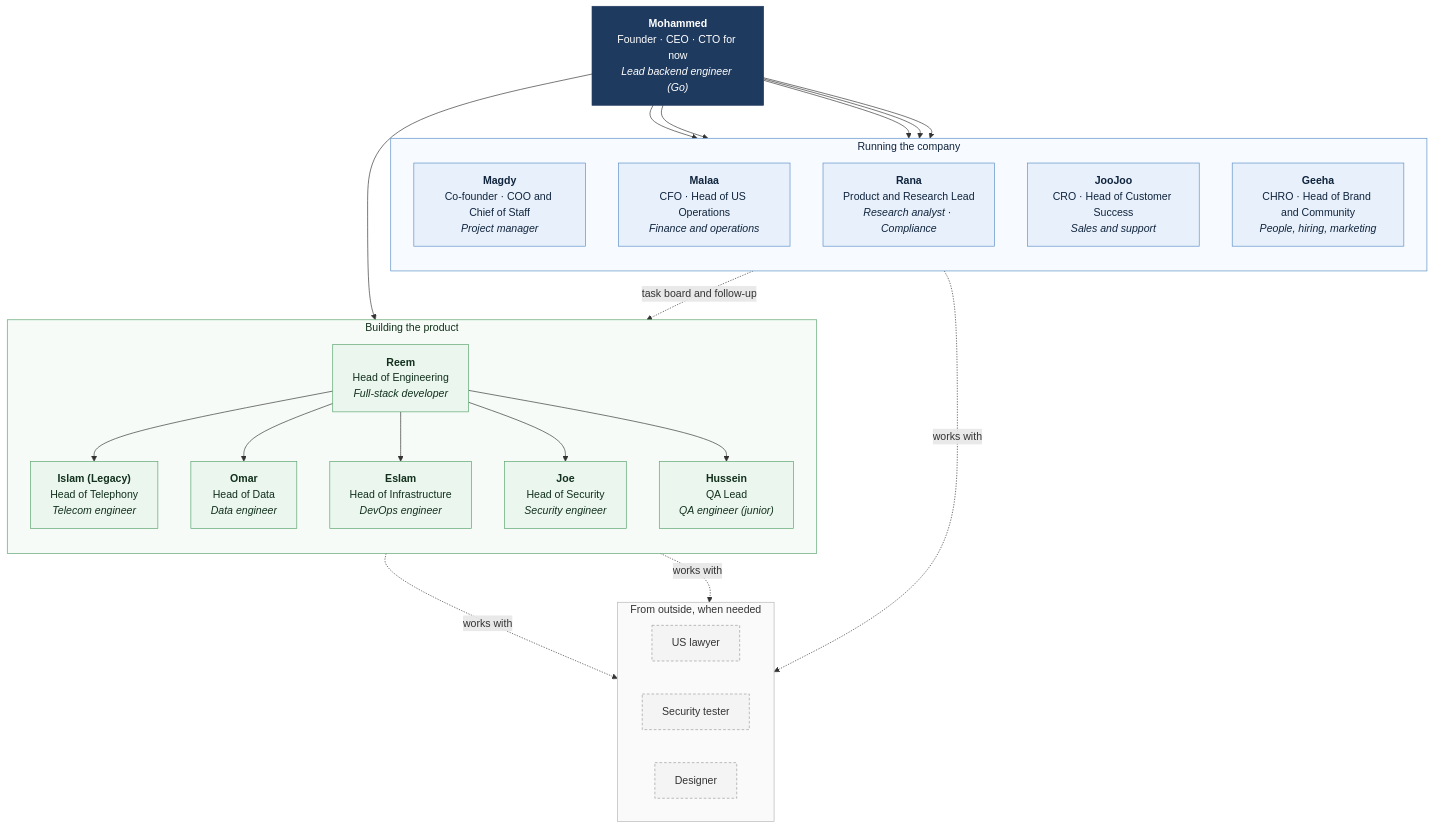
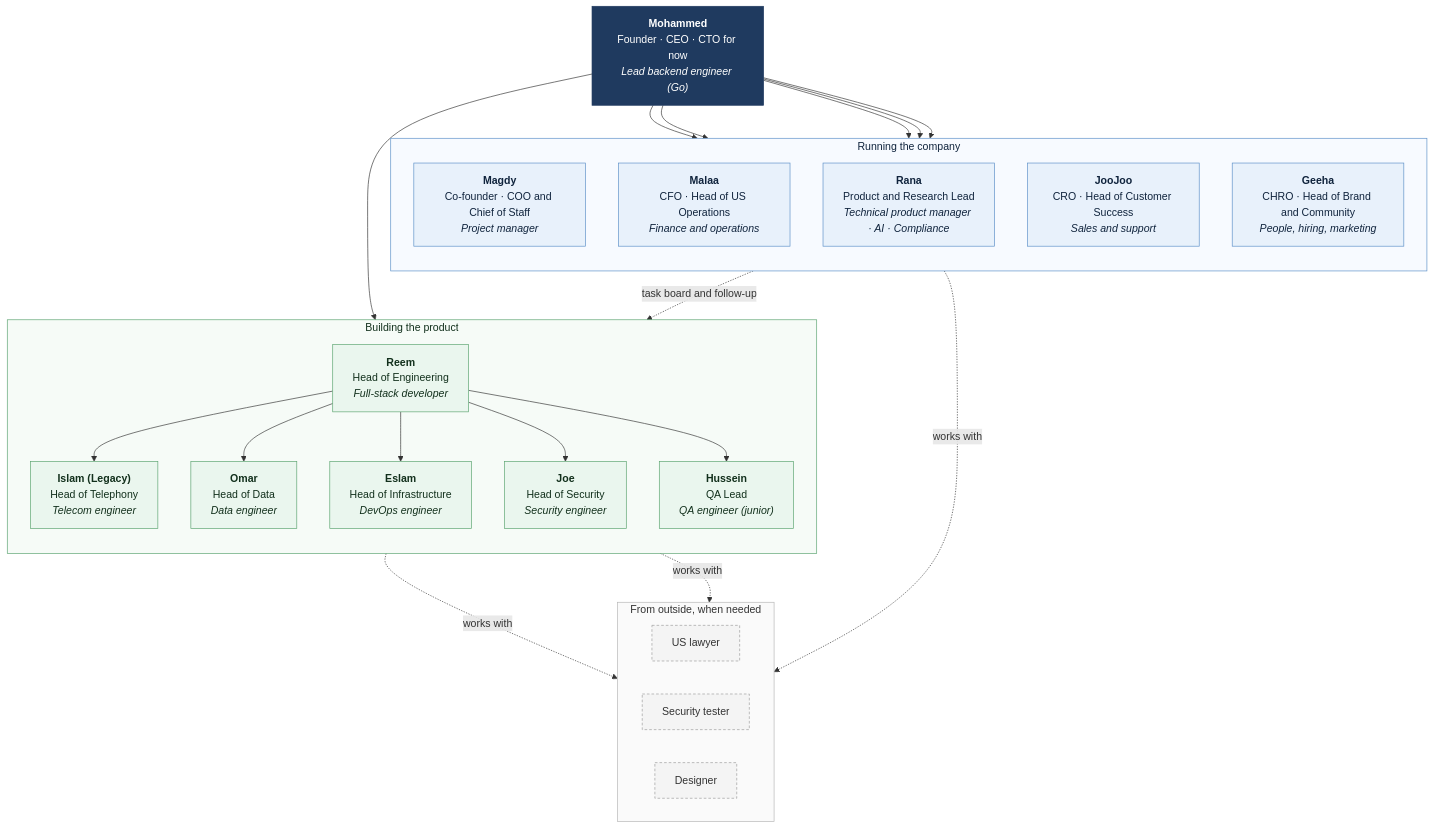
The first of 4 diagrams in docs/team/README.md (Mohammed-HeshamMohammed/Turf), drawn with Mermaid before and after one commit. The commit also changed other lines of this file and 5 other files, not shown here.

First line of the commit message:
Team: technical work for Rana, and anti-cloning tasks

````diff
--- a/docs/team/README.md
+++ b/docs/team/README.md
@@ -12,51 +12,51 @@
 ```mermaid
 flowchart TB
     CEO["<b>Mohammed</b><br/>Founder · CEO · CTO for now<br/><i>Lead backend engineer (Go)</i>"]
 
     subgraph COMPANY["Running the company"]
         direction TB
         COO["<b>Magdy</b><br/>Co-founder · COO and Chief of Staff<br/><i>Project manager</i>"]
         CFO["<b>Malaa</b><br/>CFO · Head of US Operations<br/><i>Finance and operations</i>"]
-        CPO["<b>Rana</b><br/>Product and Research Lead<br/><i>Research analyst · Compliance</i>"]
+        CPO["<b>Rana</b><br/>Product and Research Lead<br/><i>Technical product manager · AI · Compliance</i>"]
         CRO["<b>JooJoo</b><br/>CRO · Head of Customer Success<br/><i>Sales and support</i>"]
         CHRO["<b>Geeha</b><br/>CHRO · Head of Brand and Community<br/><i>People, hiring, marketing</i>"]
     end
 
     subgraph BUILD["Building the product"]
         direction TB
         ENG["<b>Reem</b><br/>Head of Engineering<br/><i>Full-stack developer</i>"]
         TEL["<b>Islam (Legacy)</b><br/>Head of Telephony<br/><i>Telecom engineer</i>"]
         DATA["<b>Omar</b><br/>Head of Data<br/><i>Data engineer</i>"]
         OPS["<b>Eslam</b><br/>Head of Infrastructure<br/><i>DevOps engineer</i>"]
         SEC["<b>Joe</b><br/>Head of Security<br/><i>Security engineer</i>"]
         QA["<b>Hussein</b><br/>QA Lead<br/><i>QA engineer (junior)</i>"]
     end
 
     subgraph OUTSIDE["From outside, when needed"]
         direction LR
         LAW["US lawyer"]
         PEN["Security tester"]
         DES["Designer"]
     end
 
     CEO --> COO & CFO & CPO & CRO & CHRO
     CEO --> ENG
     ENG --> TEL & DATA & OPS & SEC & QA
 
     COO -. "task board and follow-up" .-> BUILD
     CPO -. "works with" .-> LAW
     SEC -. "works with" .-> PEN
     ENG -. "works with" .-> DES
 
     classDef top fill:#1f3a5f,stroke:#1f3a5f,color:#ffffff
     classDef company fill:#e8f1fb,stroke:#5b8fc7,color:#10243d
     classDef build fill:#eaf6ee,stroke:#5aa36f,color:#12301c
     classDef outside fill:#f4f4f4,stroke:#9a9a9a,color:#333333,stroke-dasharray:4 3
     class CEO top
     class COO,CFO,CPO,CRO,CHRO company
     class ENG,TEL,DATA,OPS,SEC,QA build
     class LAW,PEN,DES outside
     style COMPANY fill:#f7faff,stroke:#5b8fc7,color:#10243d
     style BUILD fill:#f6fbf7,stroke:#5aa36f,color:#12301c
     style OUTSIDE fill:#fafafa,stroke:#b5b5b5,color:#333333
 ```
````
